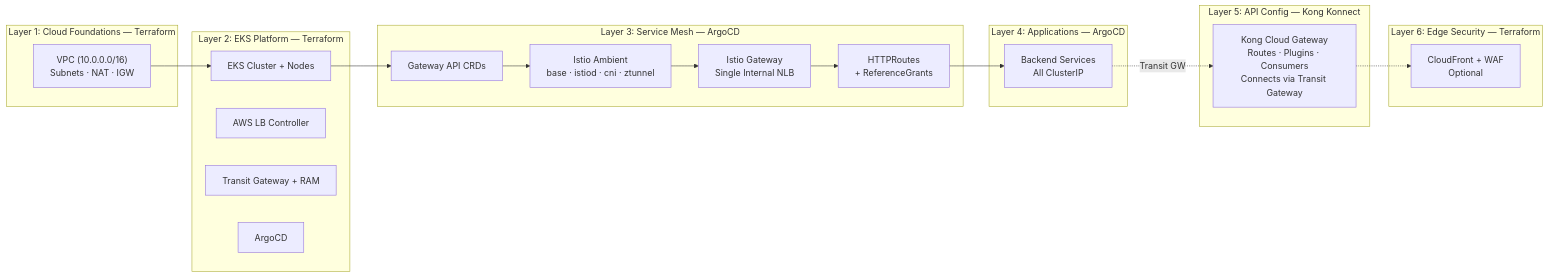
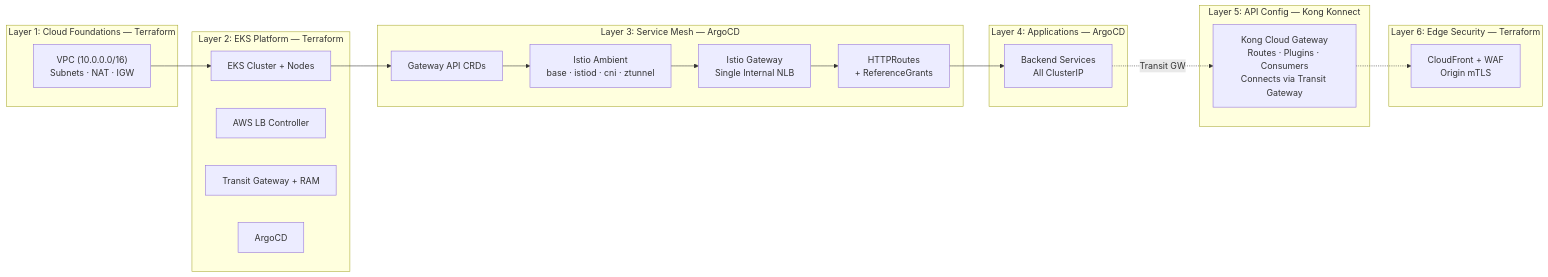
One commit to shanaka-versent/Kong-Konnect-Cloud-Gateway-on-EKS changed the fourth of 4 diagrams in README.md. Above: the diagram before and after it, drawn with Mermaid. The commit also changed other lines of this file and 1 other file, not shown here.

First line of the commit message:
Consolidate README with correct deployment flow

````diff
--- a/README.md
+++ b/README.md
@@ -374,41 +367,41 @@
 ```mermaid
 graph LR
     subgraph "Layer 1: Cloud Foundations — Terraform"
         VPC["VPC (10.0.0.0/16)<br/>Subnets · NAT · IGW"]
     end
 
     subgraph "Layer 2: EKS Platform — Terraform"
         EKS[EKS Cluster + Nodes]
         LBC[AWS LB Controller]
         TGW2[Transit Gateway + RAM]
         ArgoCD2[ArgoCD]
     end
 
     subgraph "Layer 3: Service Mesh — ArgoCD"
         CRDs[Gateway API CRDs]
         Istio[Istio Ambient<br/>base · istiod · cni · ztunnel]
         GW[Istio Gateway<br/>Single Internal NLB]
         Routes[HTTPRoutes<br/>+ ReferenceGrants]
     end
 
     subgraph "Layer 4: Applications — ArgoCD"
         Apps[Backend Services<br/>All ClusterIP]
     end
 
     subgraph "Layer 5: API Config — Kong Konnect"
         KongGW[Kong Cloud Gateway<br/>Routes · Plugins · Consumers<br/>Connects via Transit Gateway]
     end
 
     subgraph "Layer 6: Edge Security — Terraform"
-        CFront[CloudFront + WAF<br/>Optional]
+        CFront[CloudFront + WAF<br/>Origin mTLS]
     end
 
     VPC --> EKS
     EKS --> CRDs
     CRDs --> Istio
     Istio --> GW
     GW --> Routes
     Routes --> Apps
     Apps -.->|Transit GW| KongGW
     KongGW -.-> CFront
 ```
````
